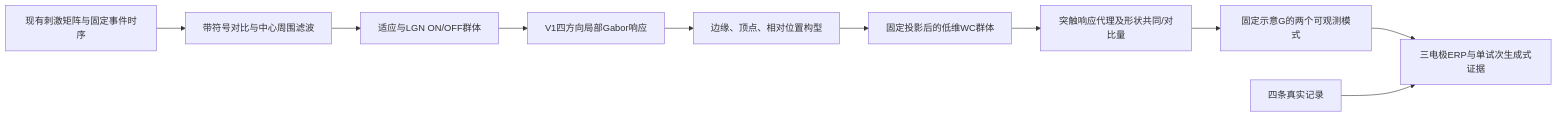
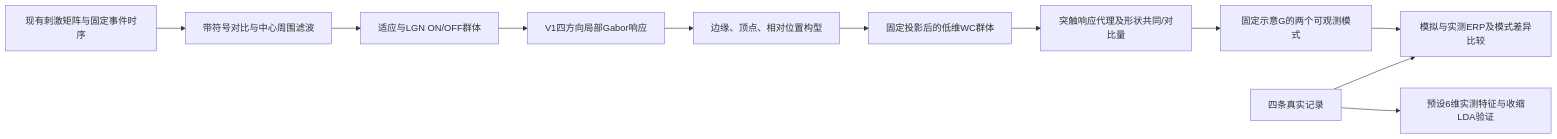
Before and after one commit to kciffe/CMathC: the diagram in src/C/q2/documents/问题二_项目实施方案.md, drawn with Mermaid. The commit also changed other lines of this file and 3 other files, not shown here.

````diff
--- a/src/C/q2/documents/问题二_项目实施方案.md
+++ b/src/C/q2/documents/问题二_项目实施方案.md
@@ -48,12 +48,13 @@
 ```mermaid
 flowchart LR
     A[现有刺激矩阵与固定事件时序] --> B[带符号对比与中心周围滤波]
     B --> C[适应与LGN ON/OFF群体]
     C --> D[V1四方向局部Gabor响应]
     D --> E[边缘、顶点、相对位置构型]
     E --> F[固定投影后的低维WC群体]
     F --> G[突触响应代理及形状共同/对比量]
     G --> H[固定示意G的两个可观测模式]
-    H --> I[三电极ERP与单试次生成式证据]
+    H --> I[模拟与实测ERP及模式差异比较]
     J[四条真实记录] --> I
+    J --> K[预设6维实测特征与收缩LDA验证]
 ```
````
